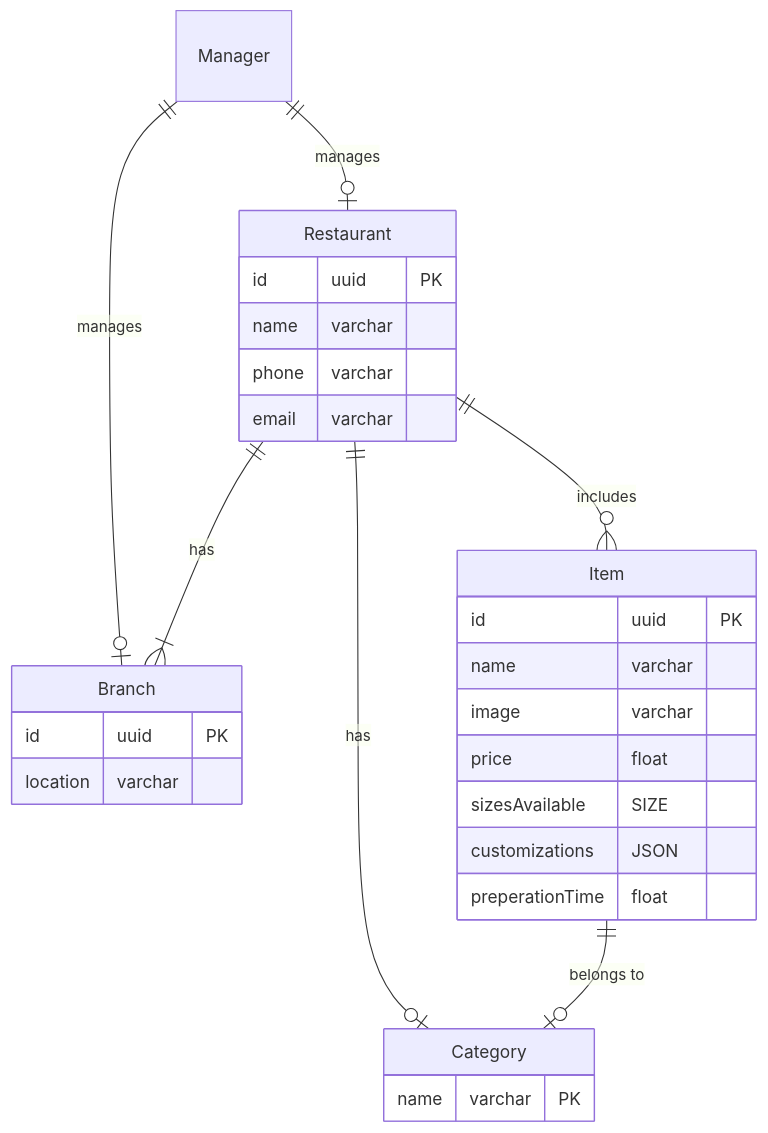
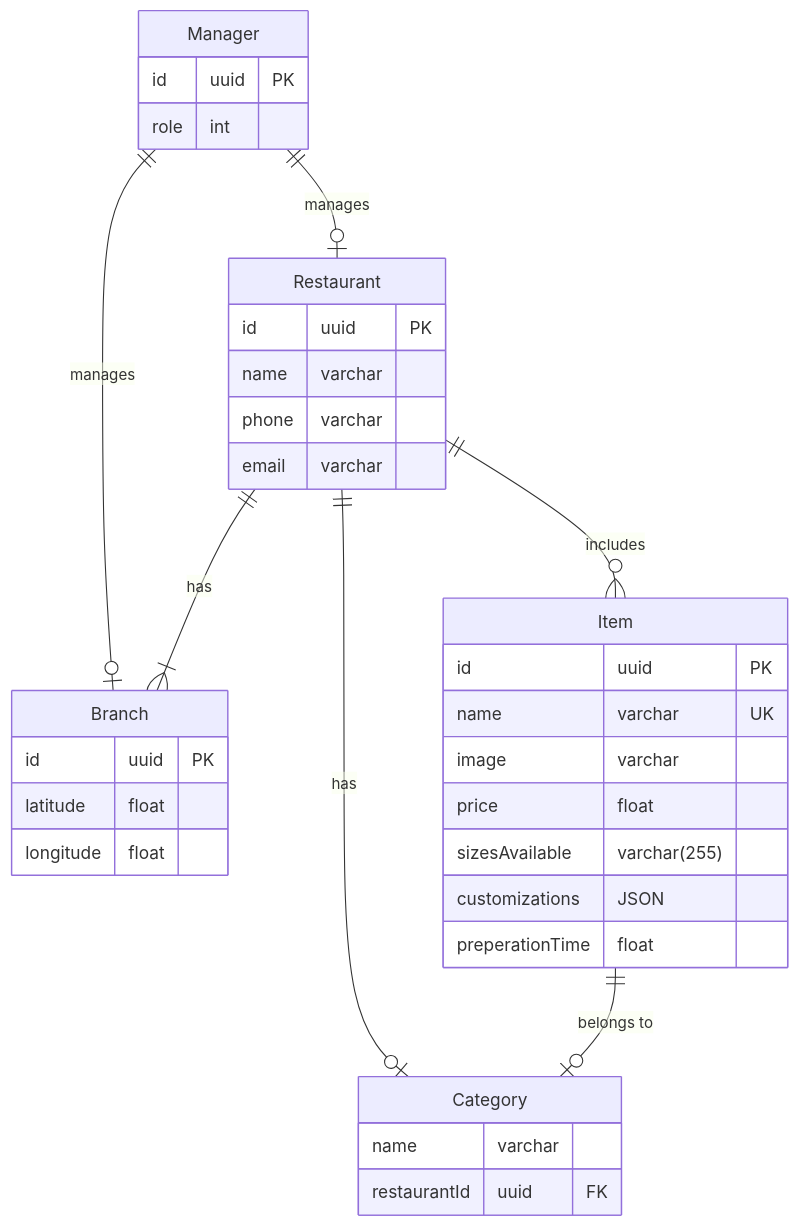
Before and after one commit to devAhmedMustafa/Al-Court-Designs: the diagram in docs/Features/Menu Items/ERD.mermaid, drawn with Mermaid. The commit also changed 14 other files, not shown here.

```diff
--- a/docs/Features/Menu Items/ERD.mermaid
+++ b/docs/Features/Menu Items/ERD.mermaid
@@ -1,36 +1,41 @@
 erDiagram
     
-    Manager
+    Manager{
+        id uuid PK
+        role int
+    }
 
     Restaurant {
         id uuid PK
         name varchar 
         phone varchar
         email varchar
     }
 
     Branch {
         id uuid PK
-        location varchar
+        latitude float
+        longitude float
     }
 
     Item {
         id uuid PK
-        name varchar
+        name varchar UK
         image varchar
         price float
-        sizesAvailable SIZE
+        sizesAvailable varchar(255)
         customizations JSON
         preperationTime float
     }
     
     Category {
-        name varchar PK
+        name varchar
+        restaurantId uuid FK
     }
 
     Restaurant ||--|{ Branch : has
     Restaurant ||--o{ Item : includes
     Manager ||--o| Restaurant : manages
     Manager ||--o| Branch : manages
     Item ||--o| Category : "belongs to"
     Restaurant ||--o| Category : "has"
```
